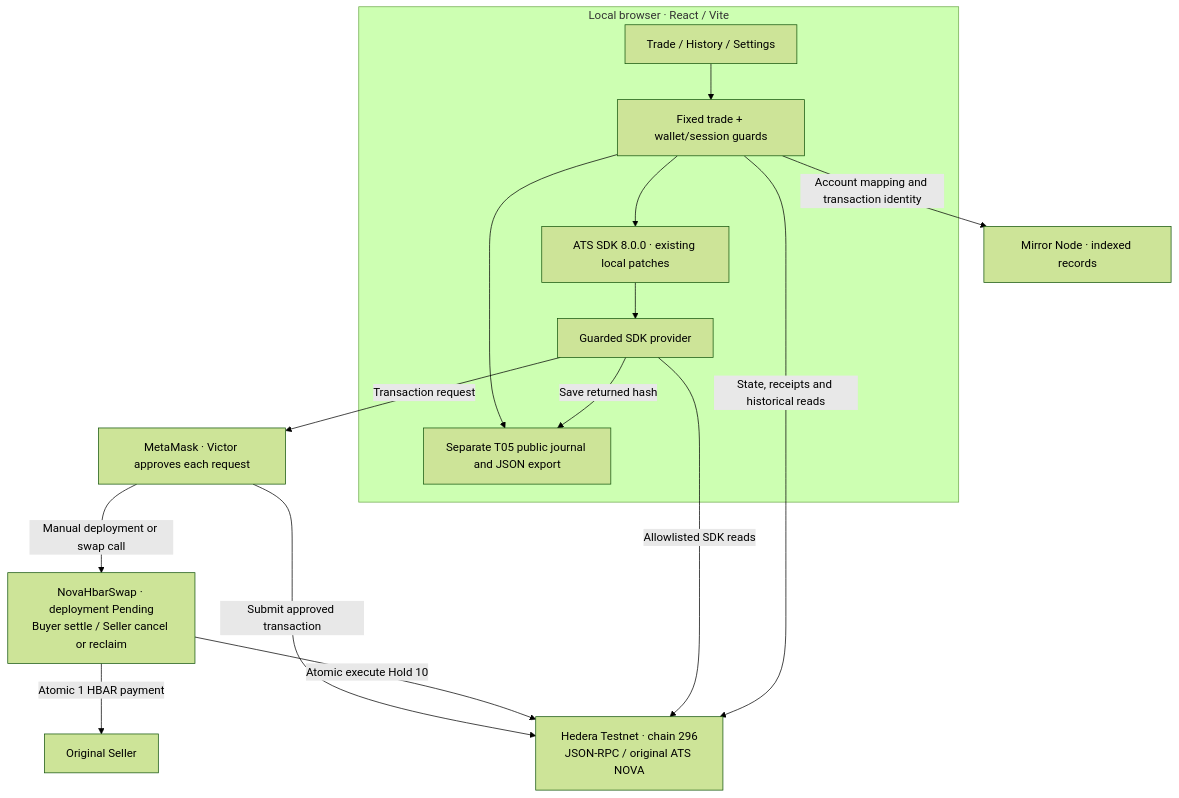
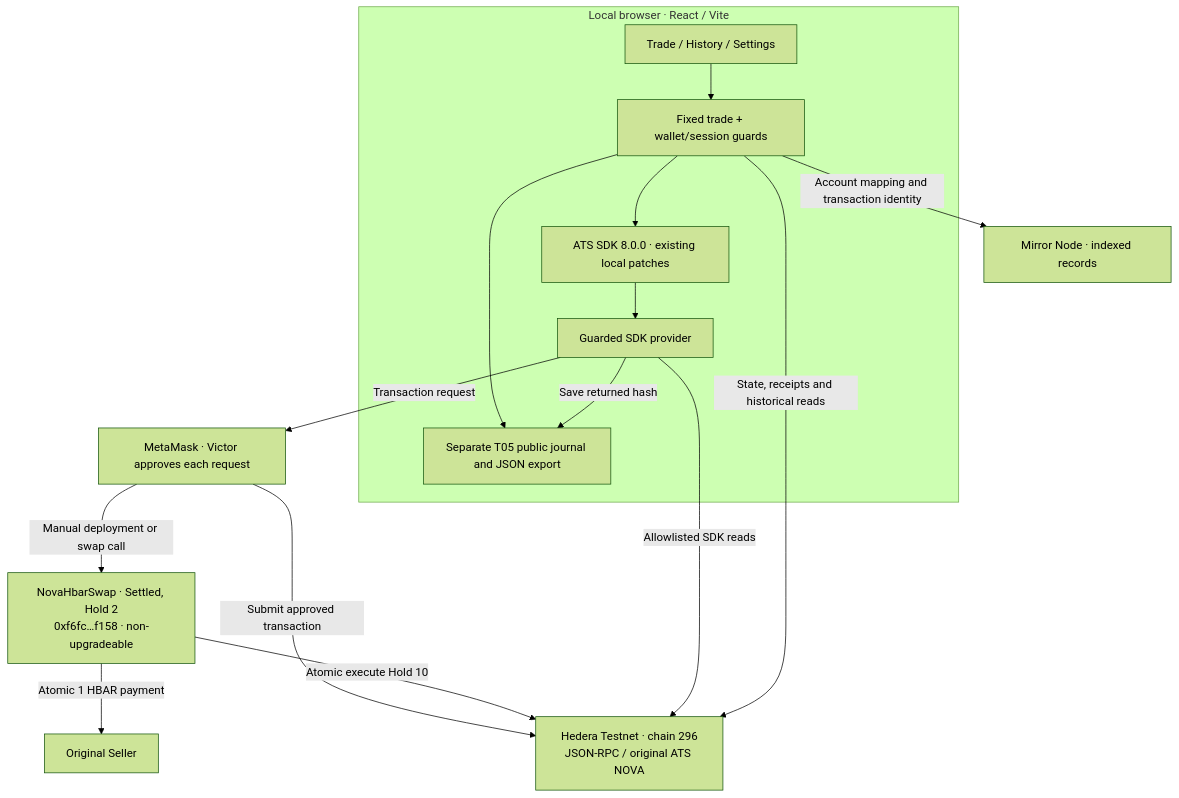
Before and after one commit to outsider987/hedera-rwa-secondary-market: the diagram in docs/ARCHITECTURE.md, drawn with Mermaid (forest theme). The commit also changed other lines of this file and 12 other files, not shown here.

````diff
--- a/docs/ARCHITECTURE.md
+++ b/docs/ARCHITECTURE.md
@@ -57,27 +57,27 @@
 ```mermaid
 flowchart TB
     subgraph browser["Local browser · React / Vite"]
         ui["Trade / History / Settings"]
         flow["Fixed trade + wallet/session guards"]
         sdk["ATS SDK 8.0.0 · existing local patches"]
         provider["Guarded SDK provider"]
         journal["Separate T05 public journal and JSON export"]
         ui --> flow
         flow --> sdk
         sdk --> provider
         flow --> journal
         provider -->|Save returned hash|journal
     end
     wallet["MetaMask · Victor approves each request"]
     chain["Hedera Testnet · chain 296<br/>JSON-RPC / original ATS NOVA"]
-    swap["NovaHbarSwap · deployment Pending<br/>Buyer settle / Seller cancel or reclaim"]
+    swap["NovaHbarSwap · Settled, Hold 2<br/>0xf6fc…f158 · non-upgradeable"]
     mirror["Mirror Node · indexed records"]
     provider -->|Transaction request|wallet
     wallet -->|Submit approved transaction|chain
     wallet -->|Manual deployment or swap call|swap
     swap -->|Atomic execute Hold 10|chain
     swap -->|Atomic 1 HBAR payment|seller["Original Seller"]
     provider -->|Allowlisted SDK reads|chain
     flow -->|State, receipts and historical reads|chain
     flow -->|Account mapping and transaction identity|mirror
 ```
````
